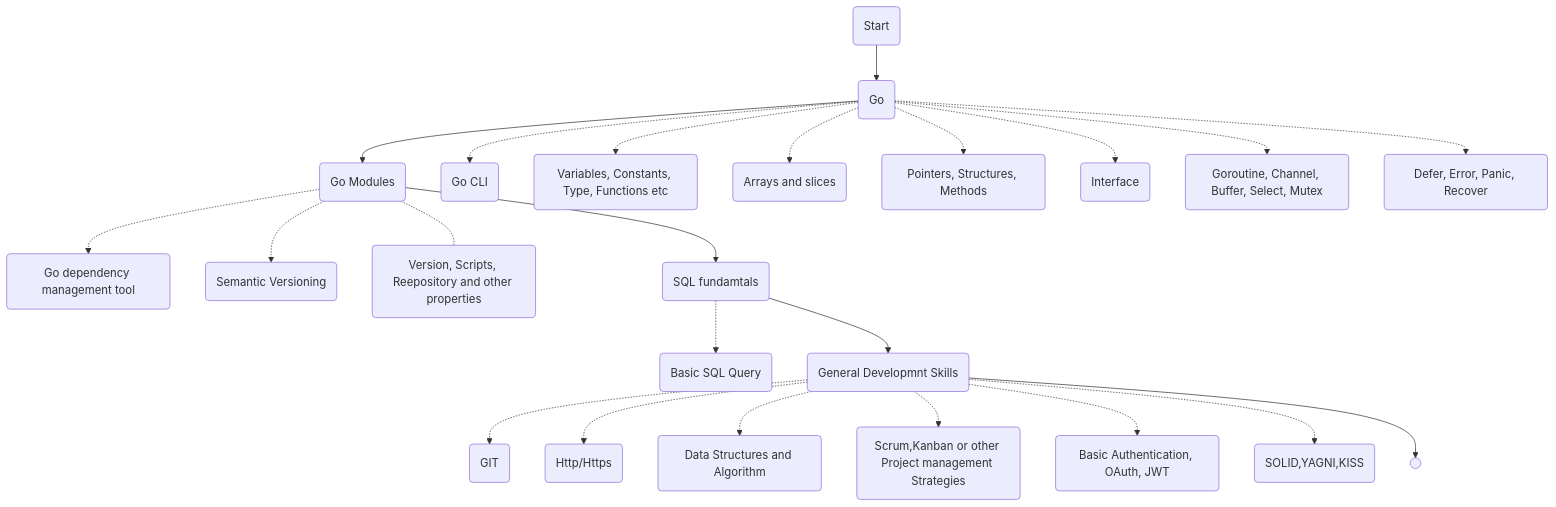
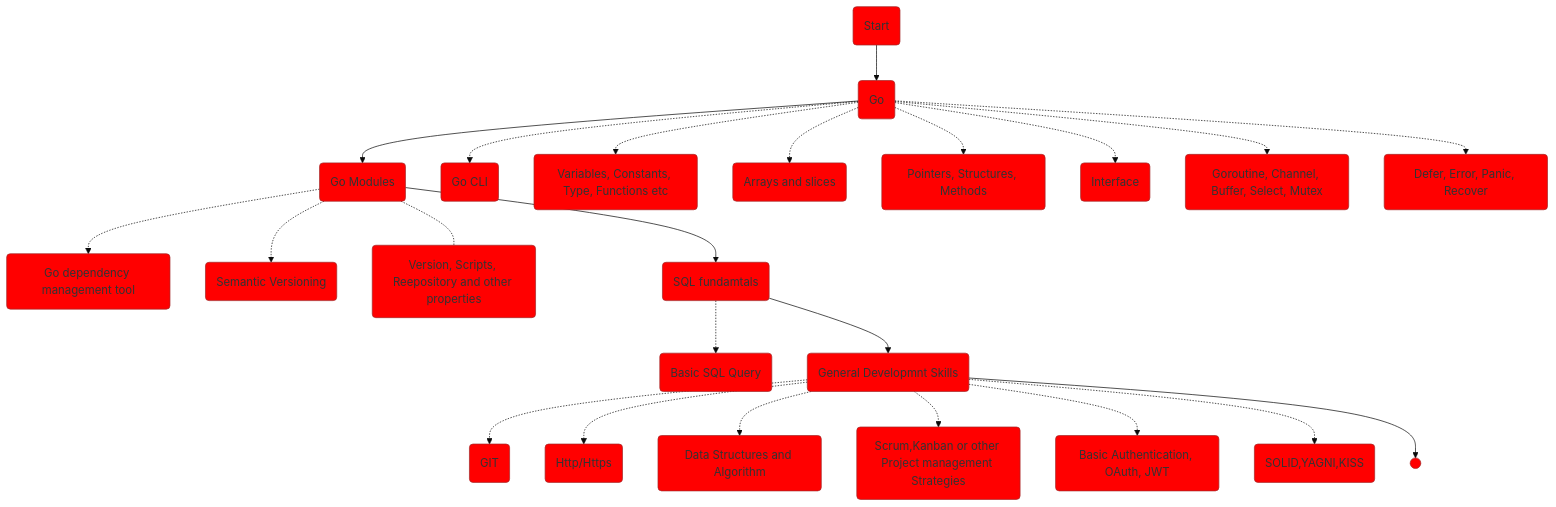
The diagram in README.md (AliAkberAakash/golang-roadmap), drawn with Mermaid before and after one commit.

````diff
--- a/README.md
+++ b/README.md
@@ -3,26 +3,27 @@
 ```mermaid
+%%{init: {'theme': 'base', 'themeVariables': { 'primaryColor': '#ff0000'}}}%%
 graph TD;
     start(Start)-->A(Go)
     A-->B(Go Modules)
     A-.->A1(Go CLI)
     A-.->A2(Variables, Constants, Type, Functions etc)
     A-.->A3(Arrays and slices)
     A-.->A4(Pointers, Structures, Methods)
     A-.->A5(Interface)
     A-.->A6(Goroutine, Channel, Buffer, Select, Mutex)
     A-.->A7(Defer, Error, Panic, Recover)
     B-.->B1(Go dependency management tool)
     B-.->B2(Semantic Versioning)
     B-.-B3(Version, Scripts, Reepository and other properties)
     B-->C(SQL fundamtals)
     C-.->C1(Basic SQL Query)
     C-->D(General Developmnt Skills)
     D-.->D1(GIT)
     D-.->D2(Http/Https)
     D-.->D3(Data Structures and Algorithm)
     D-.->D4(Scrum,Kanban or other Project management Strategies)
     D-.->D5(Basic Authentication, OAuth, JWT)
     D-.->D6(SOLID,YAGNI,KISS)
     D-->E0(( ))
 
 ```
````
